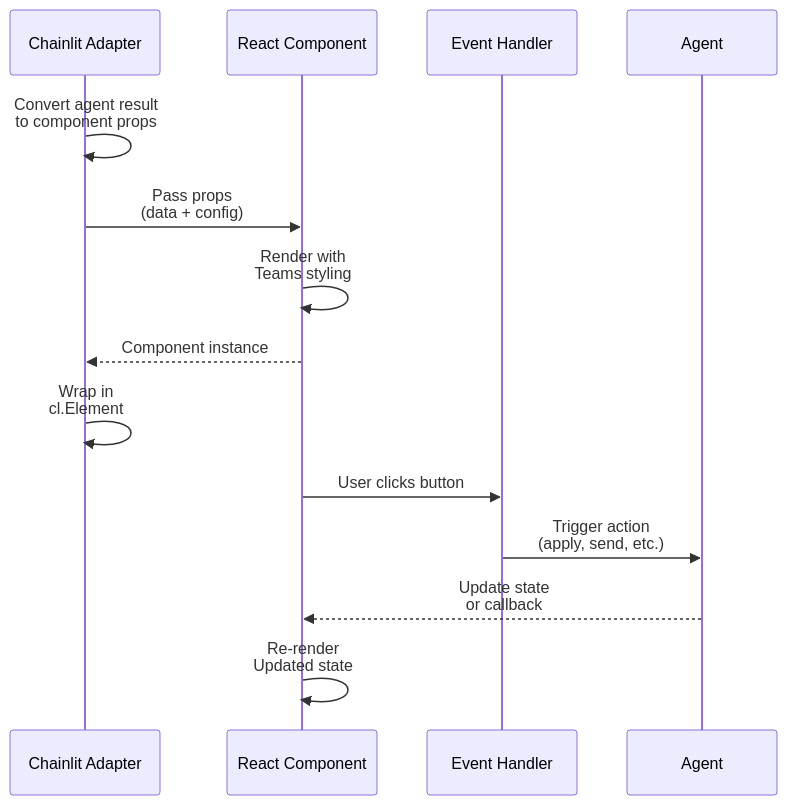
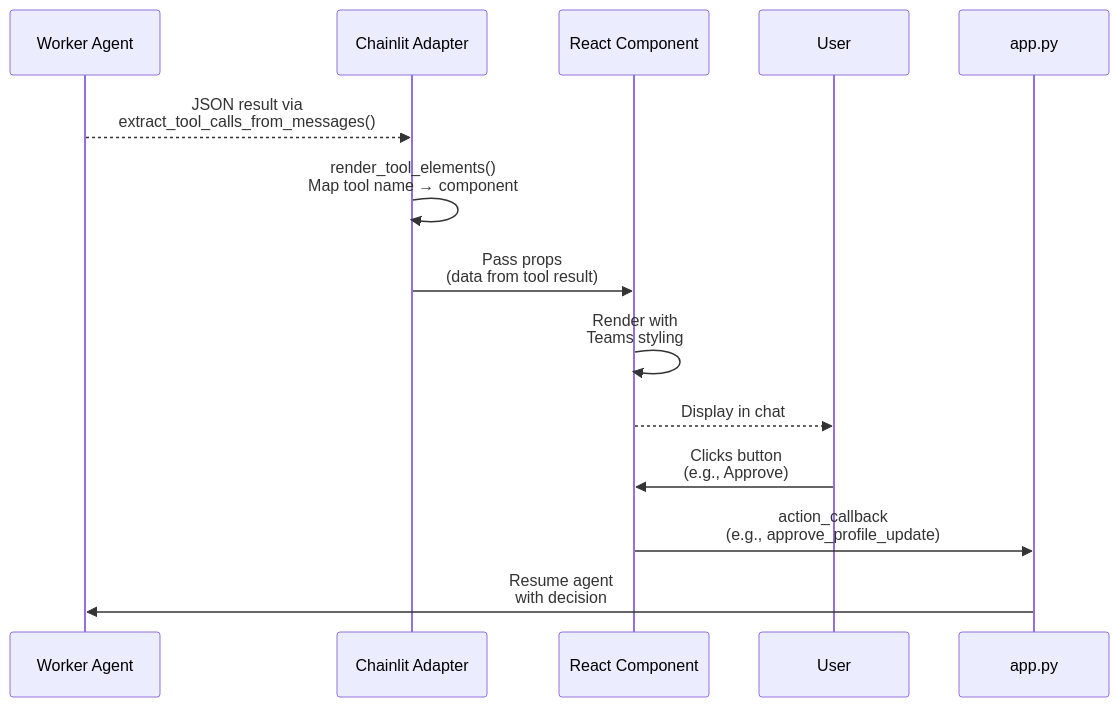
Before and after one commit to savipk/autochat: the tenth of 10 diagrams in docs/architecture/09-ui-component-tree.md, drawn with Mermaid. The commit also changed other lines of this file and 27 other files, not shown here.

Commit message:
modify profile agent

````diff
--- a/docs/architecture/09-ui-component-tree.md
+++ b/docs/architecture/09-ui-component-tree.md
@@ -352,25 +325,24 @@
 ```mermaid
 sequenceDiagram
+    participant Worker as Worker Agent
     participant Adapter as Chainlit Adapter
     participant Component as React Component
-    participant Handler as Event Handler
-    participant Agent as Agent
+    participant User as User
+    participant App as app.py
 
-    Adapter->>Adapter: Convert agent result<br/>to component props
+    Worker-->>Adapter: JSON result via<br/>extract_tool_calls_from_messages()
 
-    Adapter->>Component: Pass props<br/>(data + config)
+    Adapter->>Adapter: render_tool_elements()<br/>Map tool name → component
+
+    Adapter->>Component: Pass props<br/>(data from tool result)
 
     Component->>Component: Render with<br/>Teams styling
 
-    Component-->>Adapter: Component instance
+    Component-->>User: Display in chat
 
-    Adapter->>Adapter: Wrap in<br/>cl.Element
+    User->>Component: Clicks button<br/>(e.g., Approve)
 
-    Component->>Handler: User clicks button
+    Component->>App: action_callback<br/>(e.g., approve_profile_update)
 
-    Handler->>Agent: Trigger action<br/>(apply, send, etc.)
-
-    Agent-->>Component: Update state<br/>or callback
-
-    Component->>Component: Re-render<br/>Updated state
+    App->>Worker: Resume agent<br/>with decision
 ```
````
